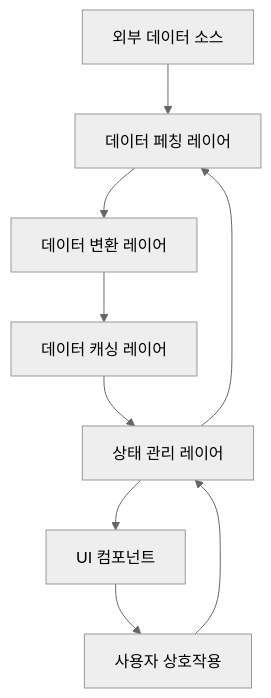
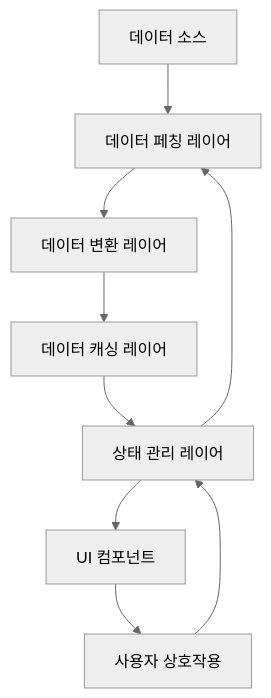
Before and after one commit to Seungwoo321/etorch-docs: the first of 11 diagrams in frontend/data-flow.md, drawn with Mermaid (neutral theme). The commit also changed other lines of this file and 1 other file, not shown here.

Commit message:
docs: 데이터 흐름 및 API 연동문서, 상태 관리 아키텍처 문서 업데이트

````diff
--- a/frontend/data-flow.md
+++ b/frontend/data-flow.md
@@ -11,11 +11,11 @@
 ```mermaid
 flowchart TD
-    A[외부 데이터 소스] --> B[데이터 페칭 레이어]
+    A[데이터 소스] --> B[데이터 페칭 레이어]
     B --> C[데이터 변환 레이어]
     C --> D[데이터 캐싱 레이어]
     D --> E[상태 관리 레이어]
     E --> F[UI 컴포넌트]
     F --> G[사용자 상호작용]
     G --> E
     E --> B
 ```
````
